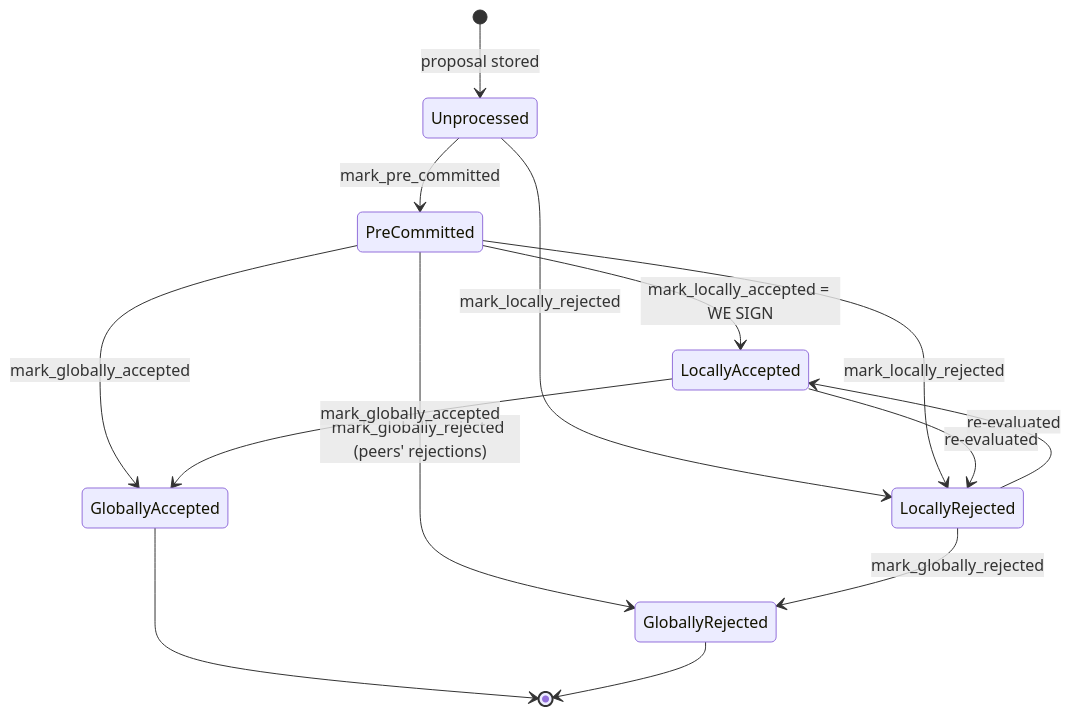
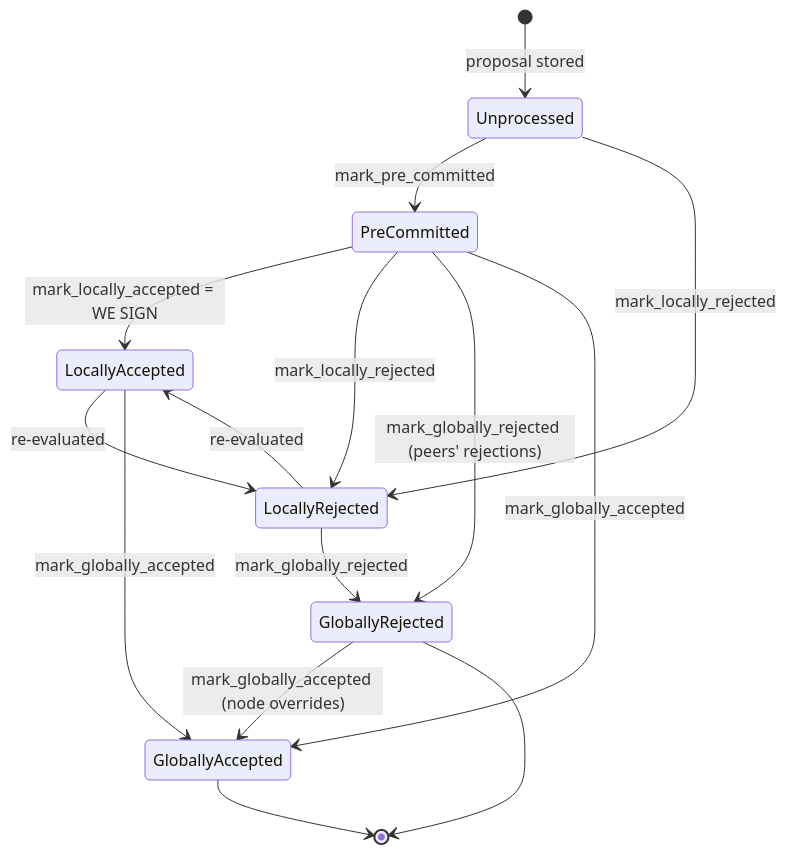
The third of 10 diagrams in docs/signer-flows.md (stacks-network/stacks-core), drawn with Mermaid before and after one commit. The commit also changed other lines of this file and 2 other files, not shown here.

Commit message:
fix: signer transition to `GloballyAccepted` (#7702)

````diff
--- a/docs/signer-flows.md
+++ b/docs/signer-flows.md
@@ -146,16 +147,17 @@
 ```mermaid
 stateDiagram-v2
     [*] --> Unprocessed : proposal stored
     Unprocessed --> PreCommitted : mark_pre_committed
     PreCommitted --> LocallyAccepted : mark_locally_accepted = WE SIGN
     Unprocessed --> LocallyRejected : mark_locally_rejected
     PreCommitted --> LocallyRejected : mark_locally_rejected
     PreCommitted --> GloballyRejected : mark_globally_rejected (peers' rejections)
     PreCommitted --> GloballyAccepted : mark_globally_accepted
     LocallyRejected --> LocallyAccepted : re-evaluated
     LocallyAccepted --> LocallyRejected : re-evaluated
     LocallyAccepted --> GloballyAccepted : mark_globally_accepted
     LocallyRejected --> GloballyRejected : mark_globally_rejected
+    GloballyRejected --> GloballyAccepted : mark_globally_accepted (node overrides)
     GloballyAccepted --> [*]
     GloballyRejected --> [*]
 ```
````
